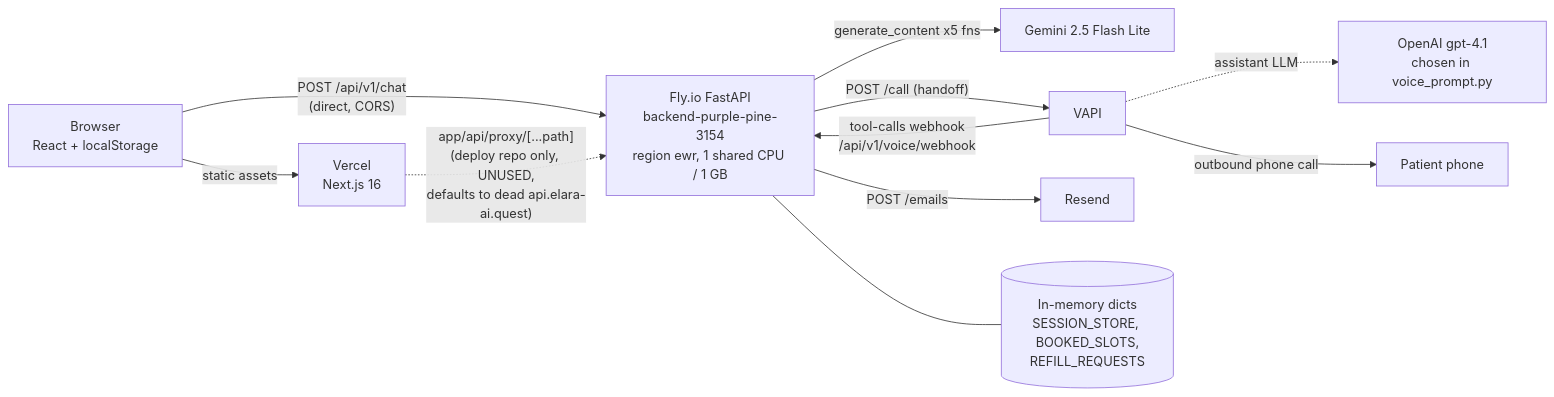
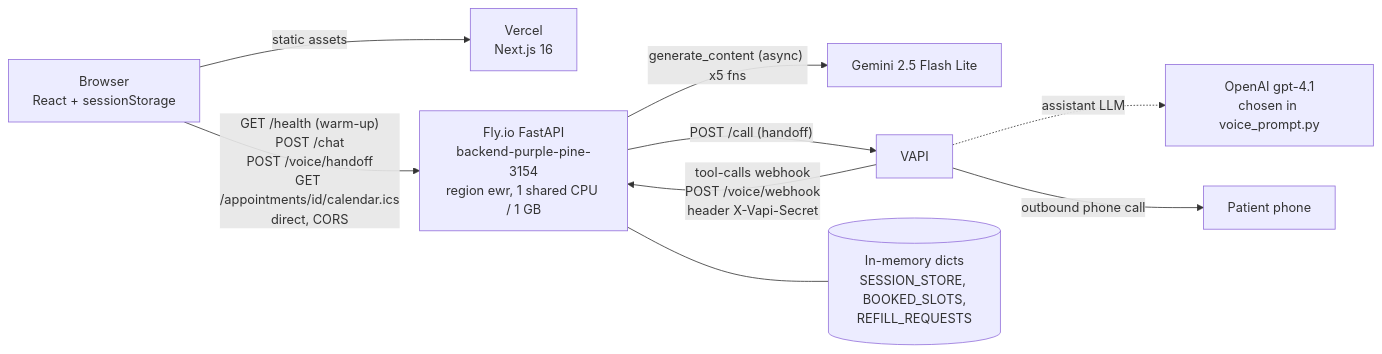
Before and after one commit to AmaanIlahi/Elara.ai: the first of 2 diagrams in ARCHITECTURE.md, drawn with Mermaid. The commit also changed other lines of this file and 22 other files, not shown here.

````diff
--- a/ARCHITECTURE.md
+++ b/ARCHITECTURE.md
@@ -14,13 +13,11 @@
 ```mermaid
 flowchart LR
-    B[Browser<br/>React + localStorage] -->|static assets| V[Vercel<br/>Next.js 16]
-    B -->|"POST /api/v1/chat<br/>(direct, CORS)"| F["Fly.io FastAPI<br/>backend-purple-pine-3154<br/>region ewr, 1 shared CPU / 1 GB"]
-    V -. "app/api/proxy/[...path]<br/>(deploy repo only, UNUSED,<br/>defaults to dead api.elara-ai.quest)" .-> F
-    F -->|generate_content x5 fns| G[Gemini 2.5 Flash Lite]
+    B[Browser<br/>React + sessionStorage] -->|static assets| V[Vercel<br/>Next.js 16]
+    B -->|"GET /health (warm-up)<br/>POST /chat<br/>POST /voice/handoff<br/>GET /appointments/id/calendar.ics<br/>direct, CORS"| F["Fly.io FastAPI<br/>backend-purple-pine-3154<br/>region ewr, 1 shared CPU / 1 GB"]
+    F -->|"generate_content (async) x5 fns"| G[Gemini 2.5 Flash Lite]
     F -->|"POST /call (handoff)"| VP[VAPI]
-    VP -->|"tool-calls webhook<br/>/api/v1/voice/webhook"| F
+    VP -->|"tool-calls webhook<br/>POST /voice/webhook<br/>header X-Vapi-Secret"| F
     VP -.->|assistant LLM| O[OpenAI gpt-4.1<br/>chosen in voice_prompt.py]
     VP -->|outbound phone call| P[Patient phone]
-    F -->|"POST /emails"| R[Resend]
     F --- M[("In-memory dicts<br/>SESSION_STORE, BOOKED_SLOTS,<br/>REFILL_REQUESTS")]
 ```
````
